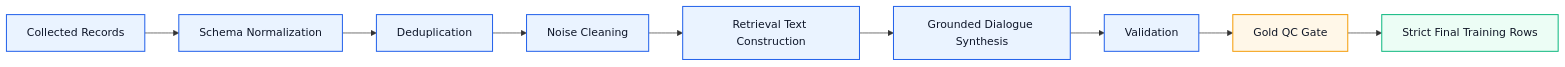
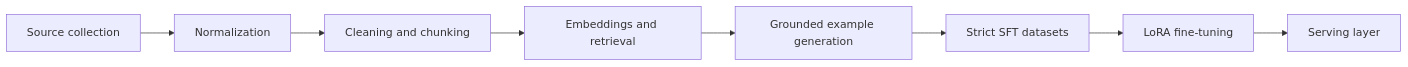
The diagram in README.md (GunjanGrunge/thor), drawn with Mermaid before and after one commit. The commit also changed other lines of this file and 45 other files, not shown here.

````diff
--- a/README.md
+++ b/README.md
@@ -253,21 +31,10 @@
 ```mermaid
-flowchart LR
-    A[Collected Records]
-    B[Schema Normalization]
-    C[Deduplication]
-    D[Noise Cleaning]
-    E[Retrieval Text Construction]
-    F[Grounded Dialogue Synthesis]
-    G[Validation]
-    H[Gold QC Gate]
-    I[Strict Final Training Rows]
-
-    A --> B --> C --> D --> E --> F --> G --> H --> I
-
-    classDef base fill:#EAF3FF,stroke:#2563EB,color:#0F172A,stroke-width:1.5px;
-    classDef gate fill:#FFF7E8,stroke:#F59E0B,color:#111827,stroke-width:1.5px;
-    classDef final fill:#ECFDF5,stroke:#10B981,color:#111827,stroke-width:1.5px;
-    class A,B,C,D,E,F,G base;
-    class H gate;
-    class I final;
+graph LR
+    A[Source collection] --> B[Normalization]
+    B --> C[Cleaning and chunking]
+    C --> D[Embeddings and retrieval]
+    D --> E[Grounded example generation]
+    E --> F[Strict SFT datasets]
+    F --> G[LoRA fine-tuning]
+    G --> H[Serving layer]
 ```
````
